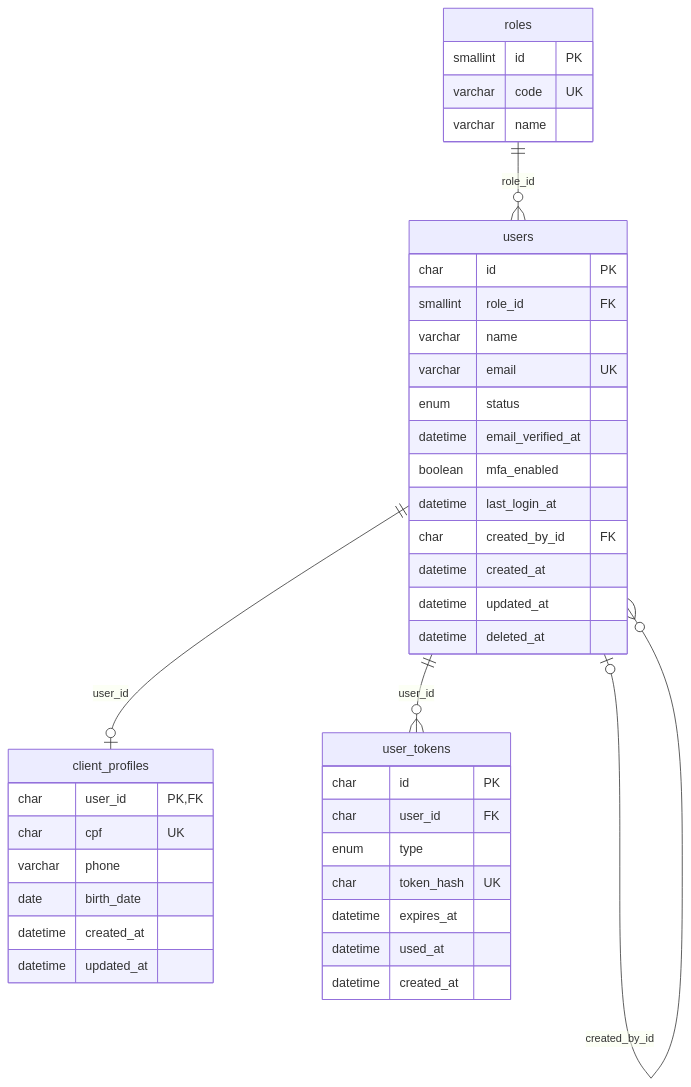
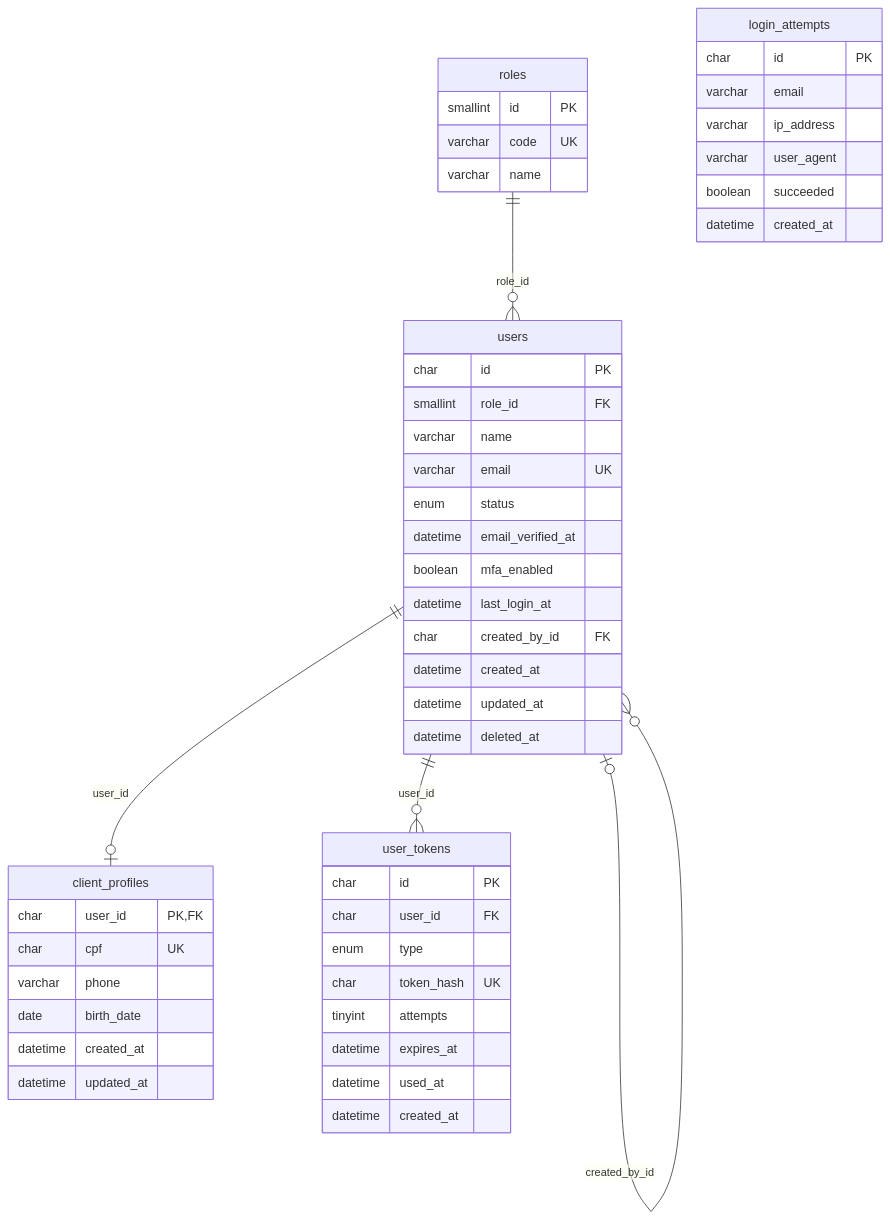
One commit to jgtsuchiya/projeto_integrador_reportaAiCm_backend changed the diagram in docs/DATABASE.md. Above: the diagram before and after it, drawn with Mermaid. The commit also changed other lines of this file and 7 other files, not shown here.

````diff
--- a/docs/DATABASE.md
+++ b/docs/DATABASE.md
@@ -86,44 +86,53 @@
 ```mermaid
 erDiagram
     roles ||--o{ users : "role_id"
     users ||--o| client_profiles : "user_id"
     users ||--o{ user_tokens : "user_id"
     users |o--o{ users : "created_by_id"
 
     roles {
         smallint id PK
         varchar code UK
         varchar name
     }
     users {
         char id PK
         smallint role_id FK
         varchar name
         varchar email UK
         enum status
         datetime email_verified_at
         boolean mfa_enabled
         datetime last_login_at
         char created_by_id FK
         datetime created_at
         datetime updated_at
         datetime deleted_at
     }
     client_profiles {
         char user_id PK, FK
         char cpf UK
         varchar phone
         date birth_date
         datetime created_at
         datetime updated_at
     }
     user_tokens {
         char id PK
         char user_id FK
         enum type
         char token_hash UK
+        tinyint attempts
         datetime expires_at
         datetime used_at
         datetime created_at
     }
+    login_attempts {
+        char id PK
+        varchar email
+        varchar ip_address
+        varchar user_agent
+        boolean succeeded
+        datetime created_at
+    }
 ```
````
